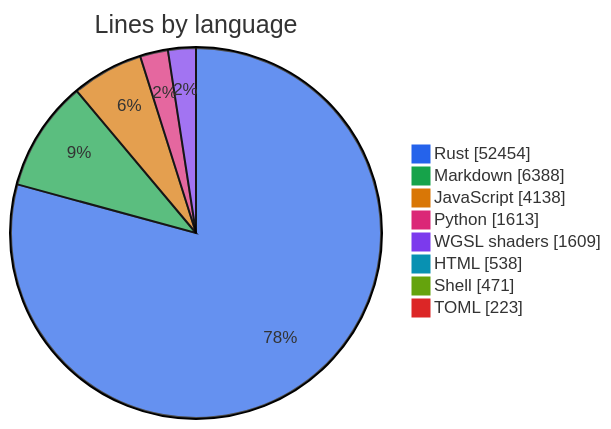
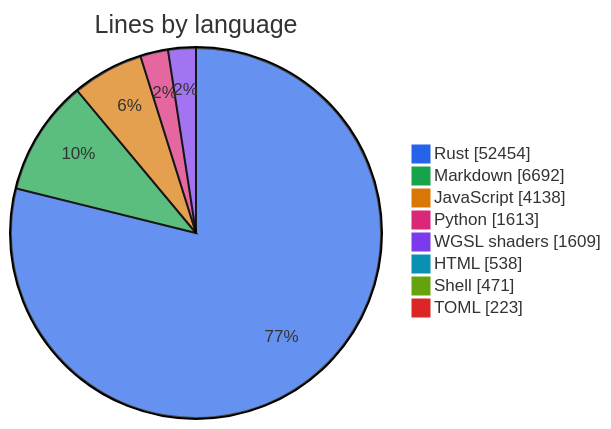
The first of 2 diagrams in metrics.md (thomascherickal/ferrum-gpu), drawn with Mermaid before and after one commit. The commit also changed other lines of this file and 4 other files, not shown here.

First line of the commit message:
docs: hand-drawn data-flow diagrams for the readme, architecture and GUI pages

````diff
--- a/metrics.md
+++ b/metrics.md
@@ -22,12 +22,12 @@
 ```mermaid
 %%{init: {"theme": "base", "themeVariables": {"pie1": "#2563eb", "pie2": "#16a34a", "pie3": "#d97706", "pie4": "#db2777", "pie5": "#7c3aed", "pie6": "#0891b2", "pie7": "#65a30d", "pie8": "#dc2626"}}}%%
 pie showData title Lines by language
     "Rust" : 52454
-    "Markdown" : 6388
+    "Markdown" : 6692
     "JavaScript" : 4138
     "Python" : 1613
     "WGSL shaders" : 1609
     "HTML" : 538
     "Shell" : 471
     "TOML" : 223
 ```
````
